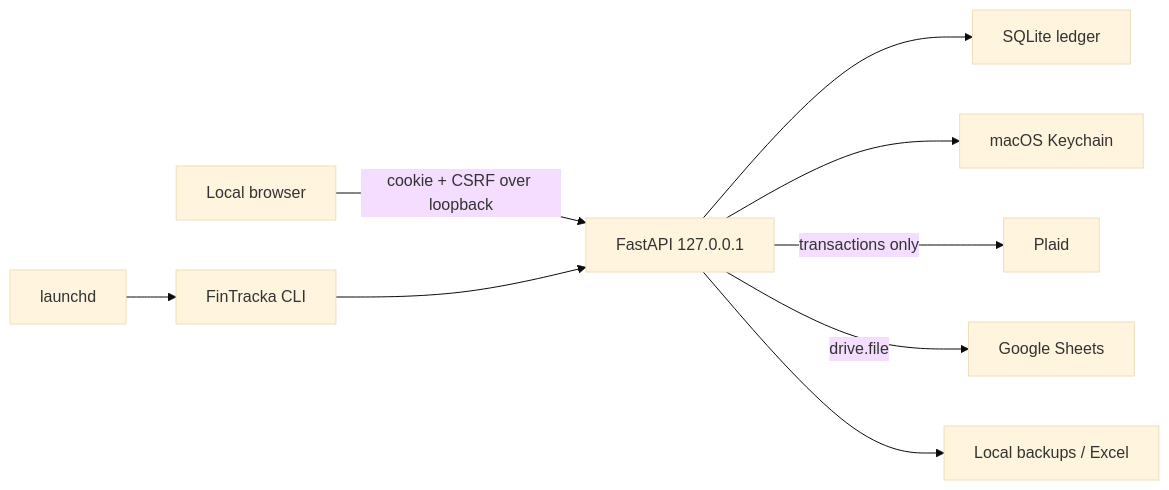
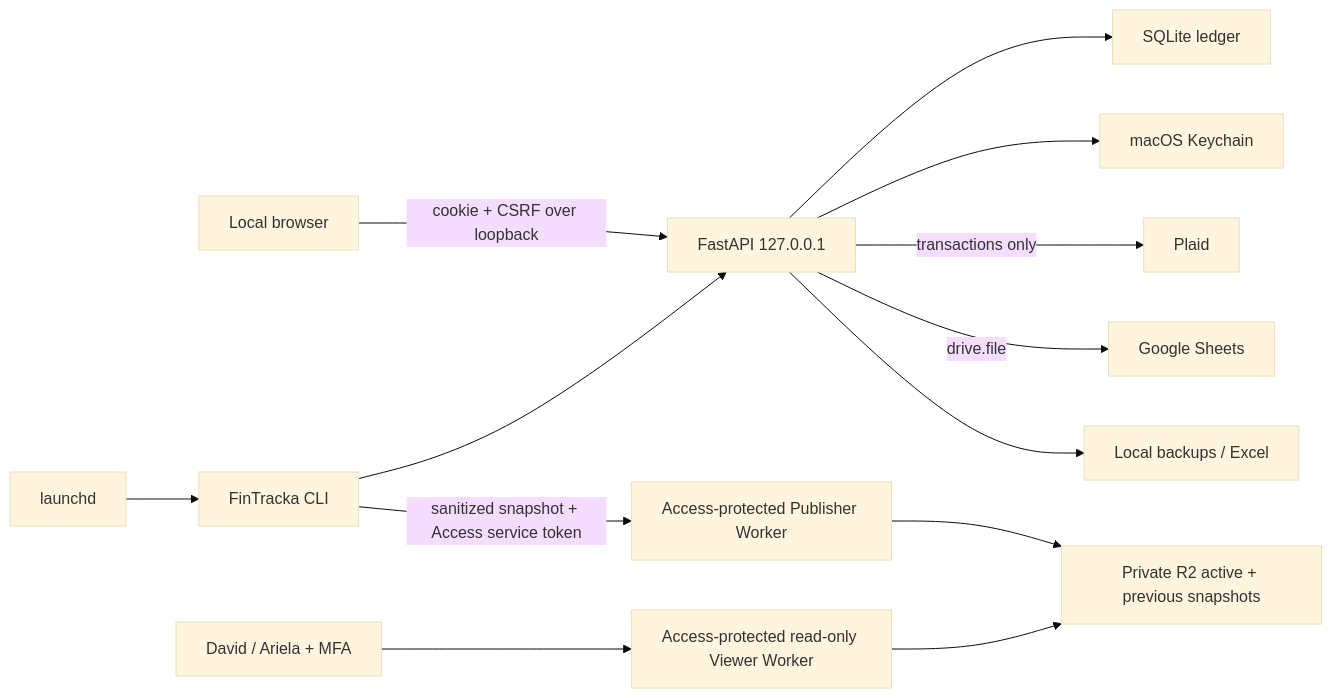
The diagram in FinTracka-threat-model.md (davidonthethird/FinTracka), drawn with Mermaid (base theme) before and after one commit. The commit also changed other lines of this file and 98 other files, not shown here.

First line of the commit message:
Add expandable mobile financial flow (#24)

````diff
--- a/FinTracka-threat-model.md
+++ b/FinTracka-threat-model.md
@@ -9,10 +9,13 @@
 ```mermaid
 flowchart LR
   Browser["Local browser"] -->|"cookie + CSRF over loopback"| API["FastAPI 127.0.0.1"]
   API --> Ledger["SQLite ledger"]
   API --> Keychain["macOS Keychain"]
   API -->|"transactions only"| Plaid["Plaid"]
   API -->|"drive.file"| Google["Google Sheets"]
   API --> Export["Local backups / Excel"]
   Launchd["launchd"] --> CLI["FinTracka CLI"] --> API
+  CLI -->|"sanitized snapshot + Access service token"| Publisher["Access-protected Publisher Worker"]
+  Publisher --> R2["Private R2 active + previous snapshots"]
+  Household["David / Ariela + MFA"] --> Viewer["Access-protected read-only Viewer Worker"] --> R2
 ```
````
